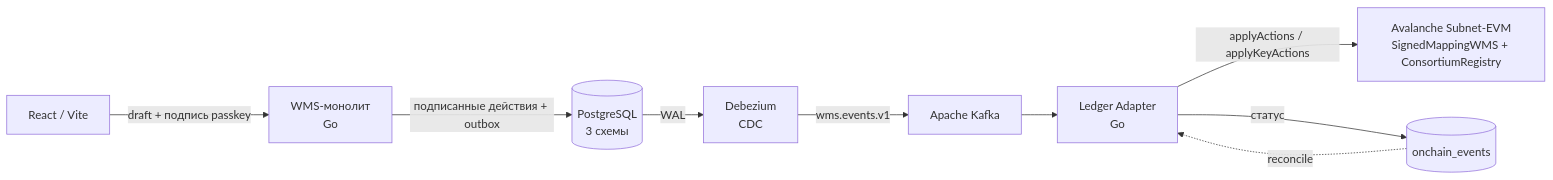
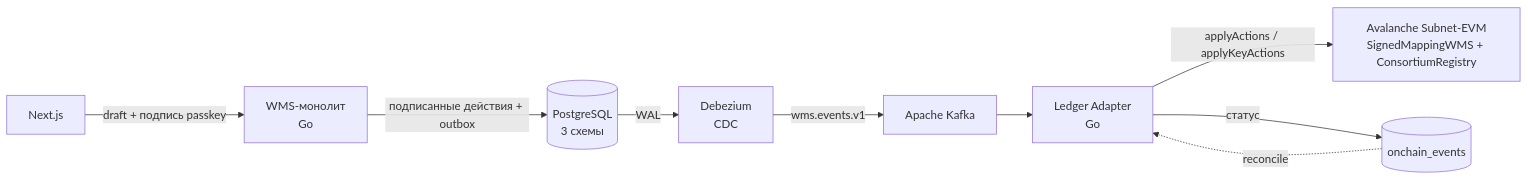
One commit to oglenyaboss/avalanche-wms changed the diagram in README.md. Above: the diagram before and after it, drawn with Mermaid. The commit also changed other lines of this file and 5 other files, not shown here.

````diff
--- a/README.md
+++ b/README.md
@@ -21,11 +21,11 @@
 ```mermaid
 flowchart LR
-    UI[React / Vite] -->|draft + подпись passkey| WMS[WMS-монолит<br/>Go]
+    UI[Next.js] -->|draft + подпись passkey| WMS[WMS-монолит<br/>Go]
     WMS -->|подписанные действия + outbox| PG[(PostgreSQL<br/>3 схемы)]
     PG -->|WAL| DBZ[Debezium<br/>CDC]
     DBZ -->|wms.events.v1| K[Apache Kafka]
     K --> LA[Ledger Adapter<br/>Go]
     LA -->|applyActions / applyKeyActions| BC[Avalanche Subnet-EVM<br/>SignedMappingWMS + ConsortiumRegistry]
     LA -->|статус| OE[(onchain_events)]
     OE -.->|reconcile| LA
 ```
````
